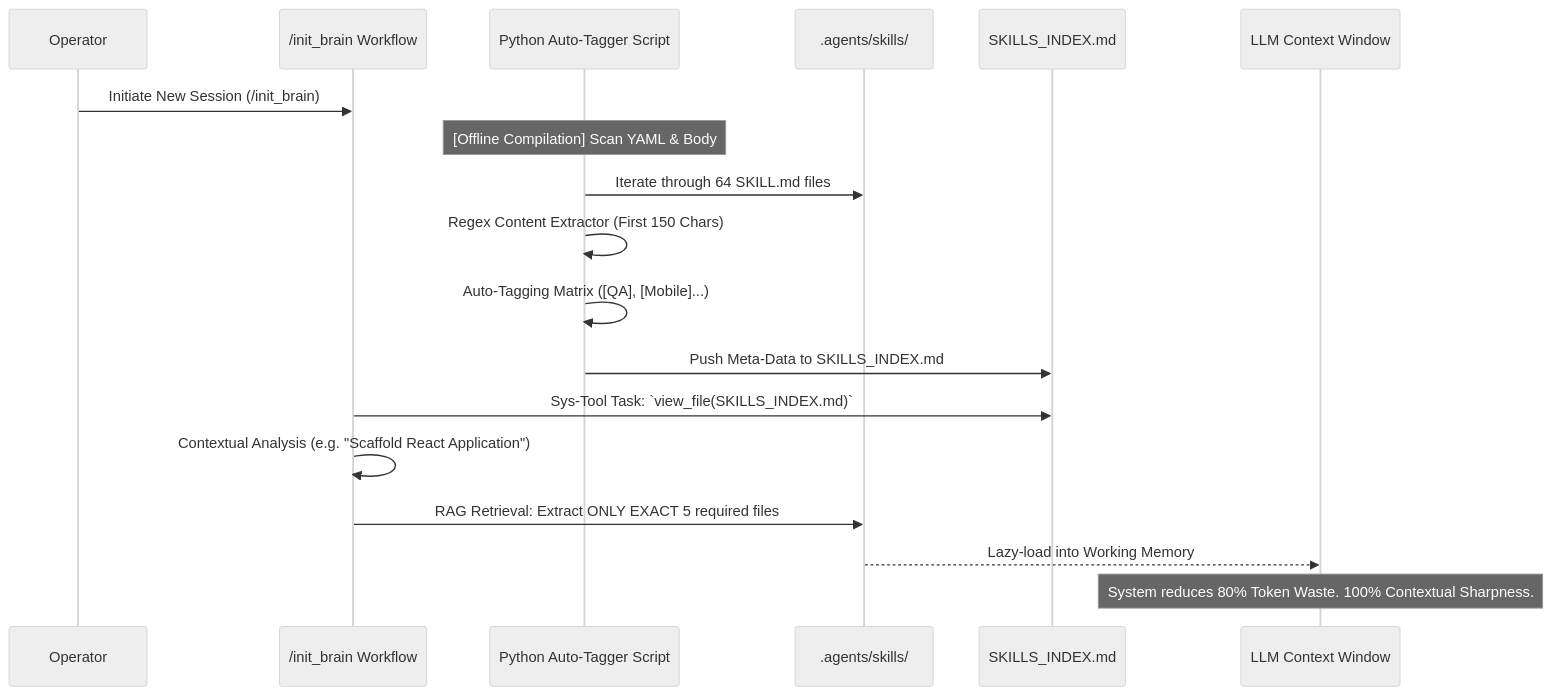
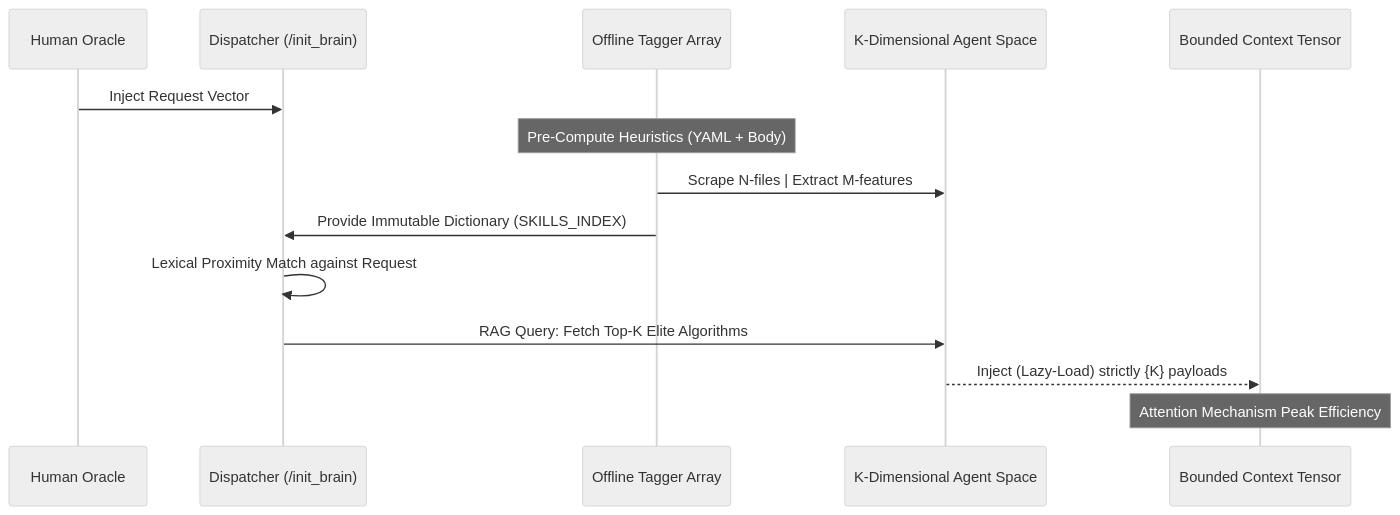
The first of 2 diagrams in V29.1_RELEASE_NOTES.md (huudangdev/.agents), drawn with Mermaid (neutral theme) before and after one commit. The commit also changed other lines of this file and 1 other file, not shown here.

````diff
--- a/V29.1_RELEASE_NOTES.md
+++ b/V29.1_RELEASE_NOTES.md
@@ -35,22 +31,18 @@
 ```mermaid
 sequenceDiagram
-    participant User as Operator
-    participant InitBrain as /init_brain Workflow
-    participant Crawler as Python Auto-Tagger Script
-    participant SkillDir as .agents/skills/
-    participant Index as SKILLS_INDEX.md
-    participant LLM_Context as LLM Context Window
+    participant User as Human Oracle
+    participant Engine as Dispatcher (/init_brain)
+    participant Indexer as Offline Tagger Array
+    participant Node as K-Dimensional Agent Space
+    participant Context as Bounded Context Tensor
 
-    User->>InitBrain: Initiate New Session (/init_brain)
-    Note over Crawler: [Offline Compilation] Scan YAML & Body
-    Crawler->>SkillDir: Iterate through 64 SKILL.md files
-    Crawler->>Crawler: Regex Content Extractor (First 150 Chars)
-    Crawler->>Crawler: Auto-Tagging Matrix ([QA], [Mobile]...)
-    Crawler->>Index: Push Meta-Data to SKILLS_INDEX.md
+    User->>Engine: Inject Request Vector
+    Note over Indexer: Pre-Compute Heuristics (YAML + Body)
+    Indexer->>Node: Scrape N-files | Extract M-features
+    Indexer->>Engine: Provide Immutable Dictionary (SKILLS_INDEX)
     
-    InitBrain->>Index: Sys-Tool Task: `view_file(SKILLS_INDEX.md)`
-    InitBrain->>InitBrain: Contextual Analysis (e.g. "Scaffold React Application")
-    InitBrain->>SkillDir: RAG Retrieval: Extract ONLY EXACT 5 required files
-    SkillDir-->>LLM_Context: Lazy-load into Working Memory
-    Note over LLM_Context: System reduces 80% Token Waste. 100% Contextual Sharpness.
+    Engine->>Engine: Lexical Proximity Match against Request
+    Engine->>Node: RAG Query: Fetch Top-K Elite Algorithms
+    Node-->>Context: Inject (Lazy-Load) strictly {K} payloads
+    Note over Context: Attention Mechanism Peak Efficiency
 ```
````
